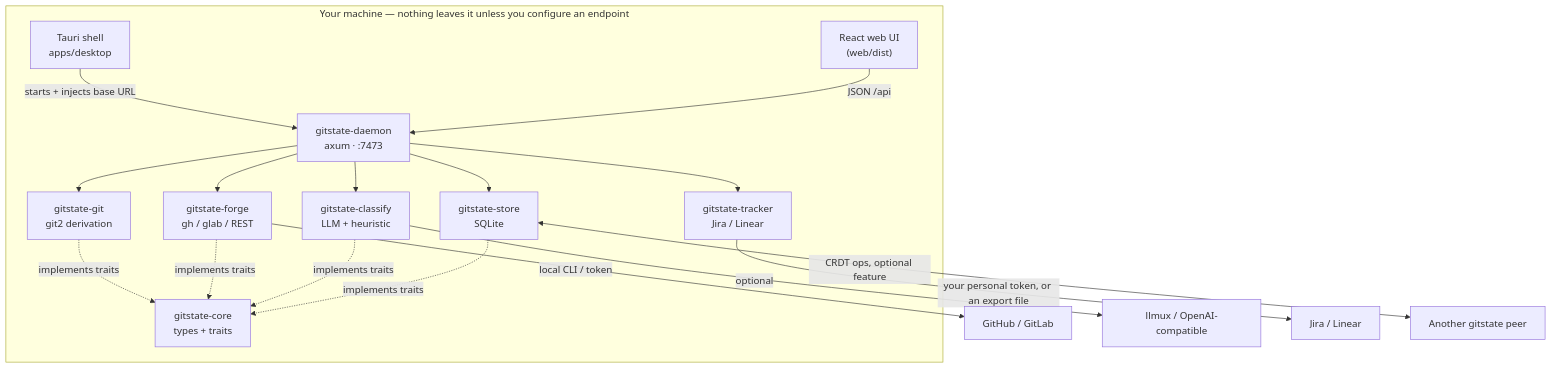
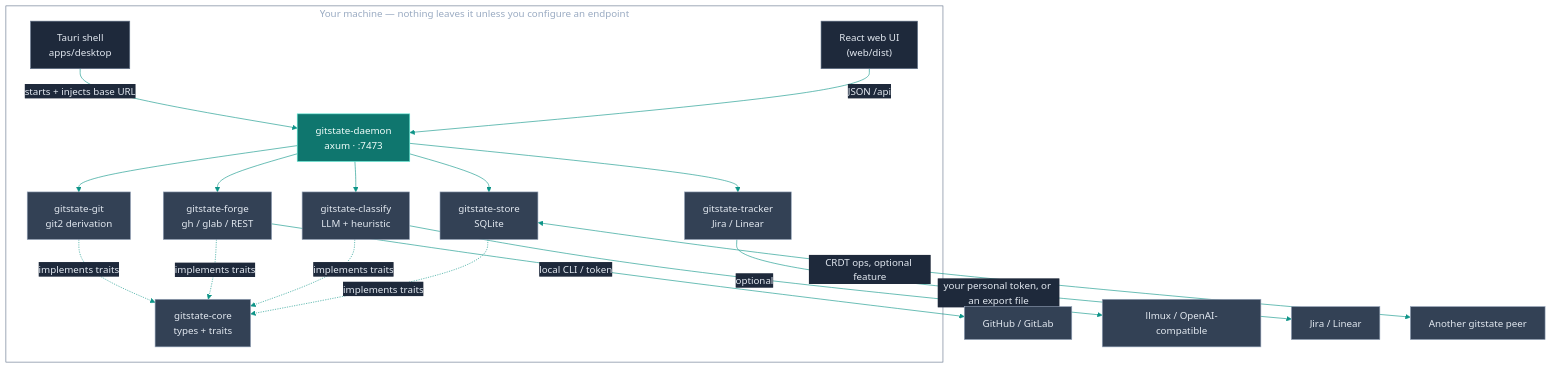
The diagram in site/docs/architecture.md (vul-os/gitstate), drawn with Mermaid before and after one commit.

Commit message:
docs(site): restyle site/docs/architecture.md mermaid diagram
Confirmed site/docs/*.md is hand-authored here, not generated — no
sync script exists in scripts/ or site/ (grepped for one; this repo's
docs/ARCHITECTURE.md and site/docs/architecture.md already read as two
independently written documents with different diagrams, not a
generated pair). Edited the source directly.

Same fixed palette as the other four diagrams in this repo: entry
tier (UI, Tauri — the two things a person actually runs) #1e293b,
subject tier (the daemon every request passes through) #0f766e,
downstream tier (the five backend crates plus the external systems
they call out to) #334155, #0d9488 edges, opaque #1e293b edge-label
boxes for the five labelled edges ("starts + injects base URL",
"JSON /api", "implements traits", etc.) that previously sat directly
on the page background.

Agent-generated, machine-verified, NOT human-reviewed.

````diff
--- a/site/docs/architecture.md
+++ b/site/docs/architecture.md
@@ -8,27 +8,35 @@
 ```mermaid
+%%{init: {'theme':'base','themeVariables':{'fontFamily':'ui-monospace, SFMono-Regular, Menlo, monospace','primaryColor':'#334155','primaryBorderColor':'#94a3b8','primaryTextColor':'#e2e8f0','lineColor':'#0d9488','edgeLabelBackground':'#1e293b','clusterBkg':'transparent','clusterBorder':'#64748b'}}}%%
 flowchart TD
   subgraph Machine["Your machine — nothing leaves it unless you configure an endpoint"]
     UI["React web UI<br/>(web/dist)"]
     Tauri["Tauri shell<br/>apps/desktop"]
     Daemon["gitstate-daemon<br/>axum · :7473"]
     Git["gitstate-git<br/>git2 derivation"]
     Forge["gitstate-forge<br/>gh / glab / REST"]
     Classify["gitstate-classify<br/>LLM + heuristic"]
     Tracker["gitstate-tracker<br/>Jira / Linear"]
     Store["gitstate-store<br/>SQLite"]
     Core["gitstate-core<br/>types + traits"]
   end
   ExtForge["GitHub / GitLab"]
   ExtLLM["llmux / OpenAI-compatible"]
   ExtTracker["Jira / Linear"]
   Peer["Another gitstate peer"]
 
   Tauri -->|starts + injects base URL| Daemon
   UI -->|JSON /api| Daemon
   Daemon --> Git & Forge & Classify & Tracker & Store
   Git & Forge & Classify & Store -.implements traits.-> Core
   Forge -->|local CLI / token| ExtForge
   Classify -->|optional| ExtLLM
   Tracker -->|your personal token, or an export file| ExtTracker
   Store <-->|CRDT ops, optional feature| Peer
+
+  classDef entry fill:#1e293b,stroke:#64748b,color:#e2e8f0
+  classDef subject fill:#0f766e,stroke:#5eead4,color:#f0fdfa
+  classDef downstream fill:#334155,stroke:#94a3b8,color:#e2e8f0
+  class UI,Tauri entry
+  class Daemon subject
+  class Git,Forge,Classify,Tracker,Store,Core,ExtForge,ExtLLM,ExtTracker,Peer downstream
 ```
````
